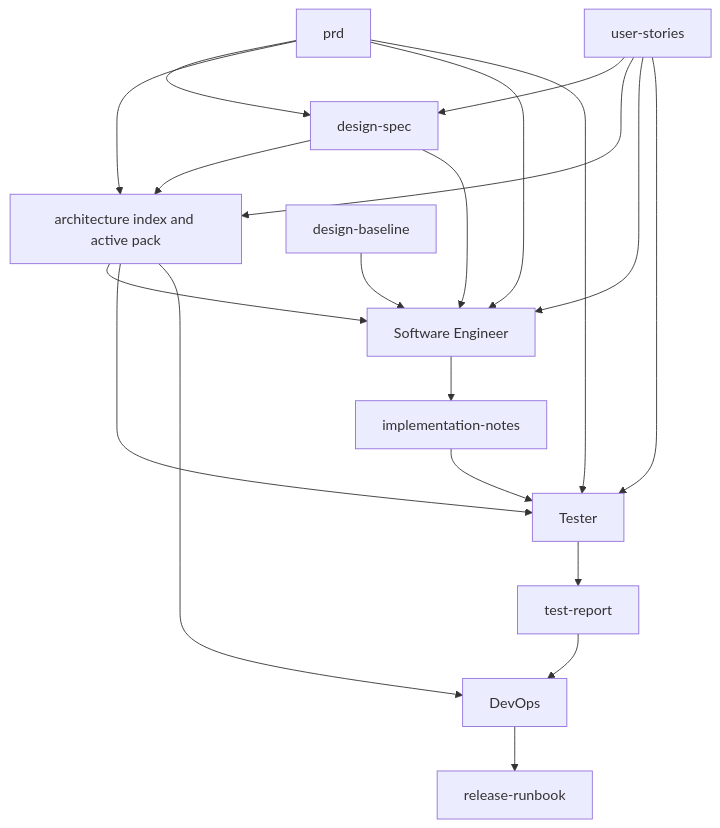
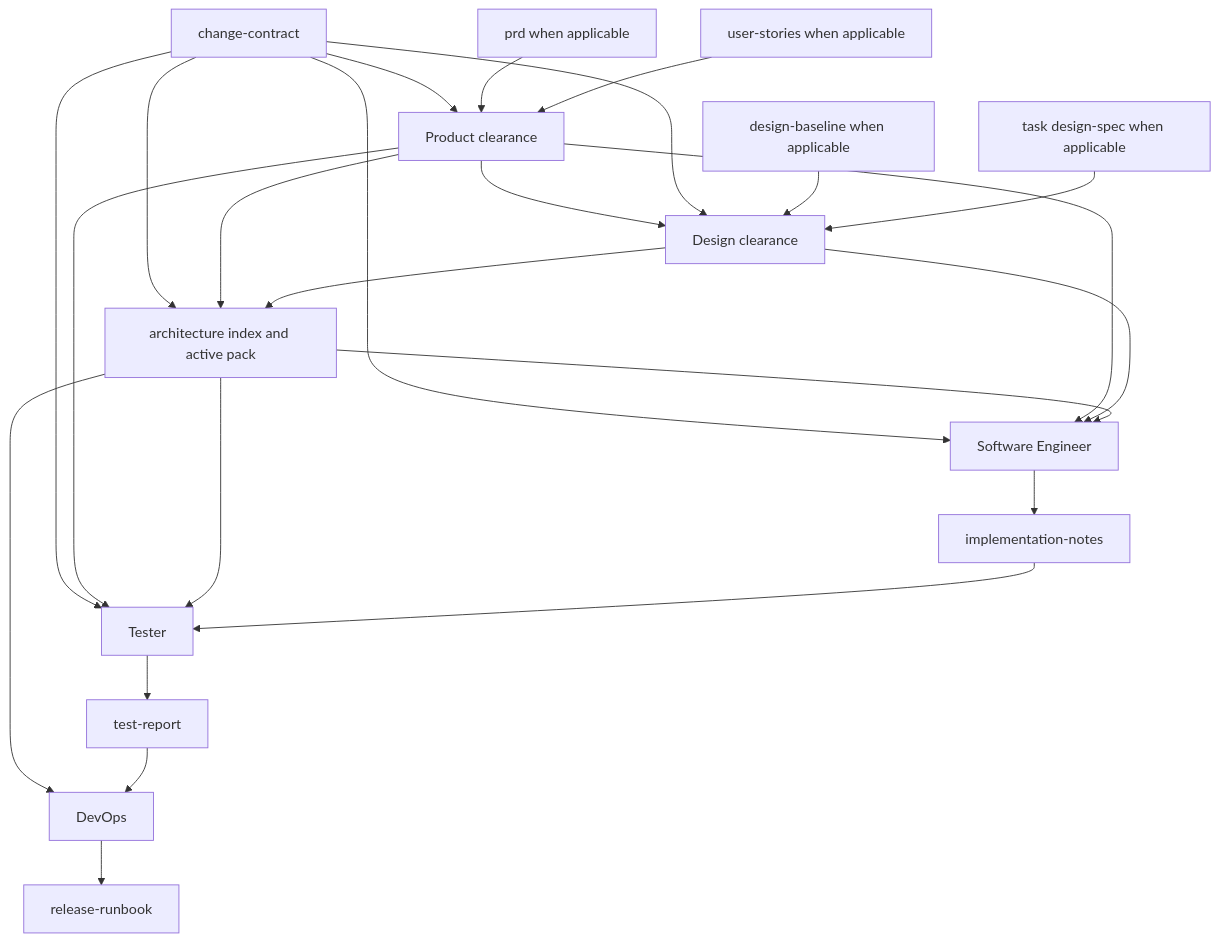
The second of 2 diagrams in guidelines/workflow/README.md (davych/agents-instruction), drawn with Mermaid before and after one commit. The commit also changed other lines of this file and 87 other files, not shown here.

Commit message:
Add change-aware SDLC routing and architecture rules (#2)

````diff
--- a/guidelines/workflow/README.md
+++ b/guidelines/workflow/README.md
@@ -63,22 +121,26 @@
 ```mermaid
 flowchart TD
-  PRD["prd"] --> DS["design-spec"]
-  Stories["user-stories"] --> DS
-  PRD --> Architecture["architecture index and active pack"]
-  Stories --> Architecture
-  DB["design-baseline"] --> Engineer["Software Engineer"]
-  DS --> Architecture
-  DS --> Engineer
-  PRD --> Engineer
-  Stories --> Engineer
+  CC["change-contract"] --> Product["Product clearance"]
+  PRD["prd when applicable"] --> Product
+  Stories["user-stories when applicable"] --> Product
+  Product --> Design["Design clearance"]
+  CC --> Design
+  DB["design-baseline when applicable"] --> Design
+  DS["task design-spec when applicable"] --> Design
+  CC --> Architecture["architecture index and active pack"]
+  Product --> Architecture
+  Design --> Architecture
+  CC --> Engineer["Software Engineer"]
+  Product --> Engineer
+  Design --> Engineer
   Architecture --> Engineer
   Engineer --> Notes["implementation-notes"]
-  PRD --> Tester["Tester"]
-  Stories --> Tester
+  CC --> Tester["Tester"]
+  Product --> Tester
   Architecture --> Tester
   Notes --> Tester
   Tester --> Report["test-report"]
   Architecture --> DevOps["DevOps"]
   Report --> DevOps
   DevOps --> Runbook["release-runbook"]
 ```
````
